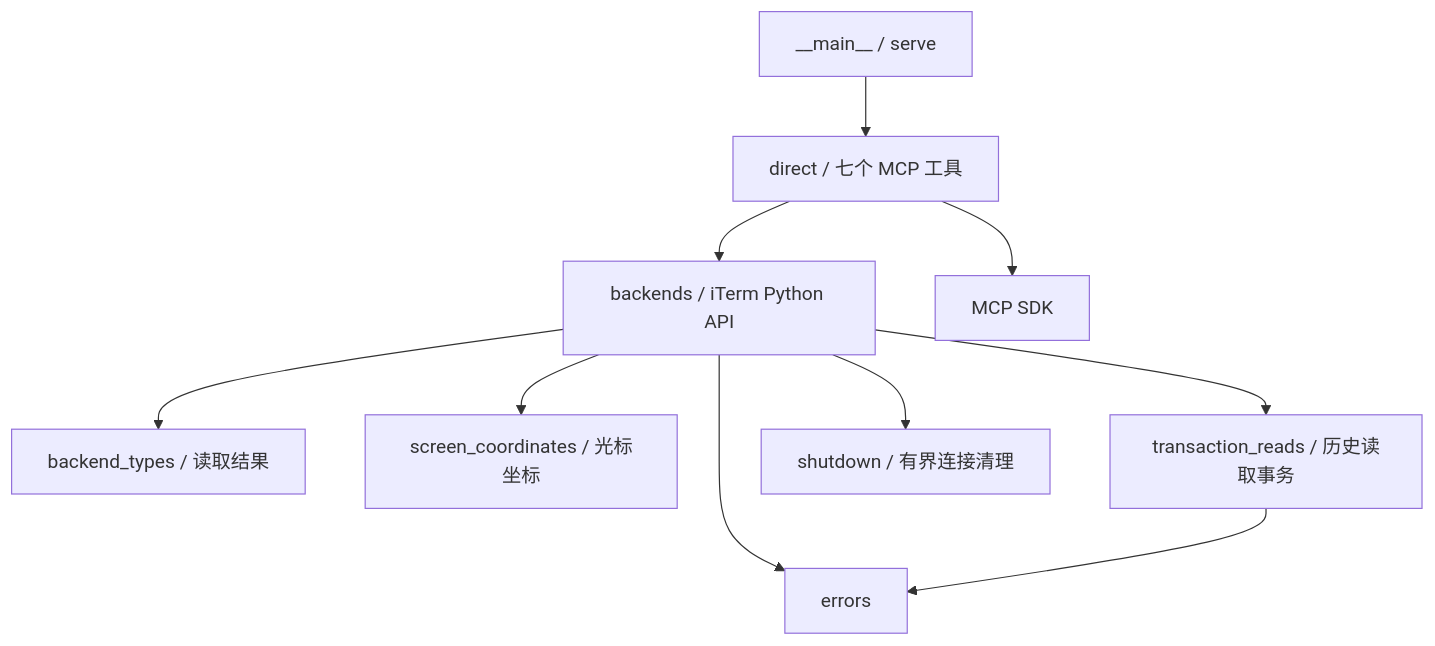
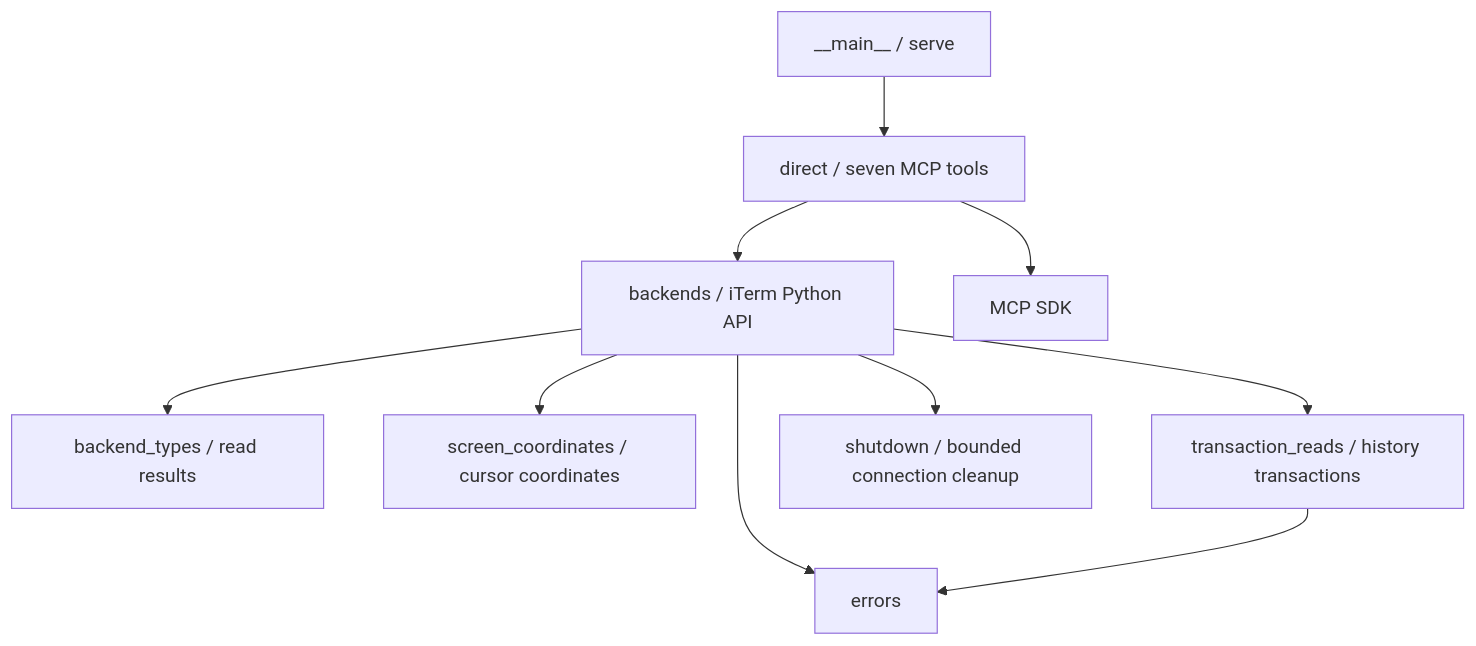
The diagram in docs/cleanup-plan.md (lucky-goals/goals-iterm-mcp), drawn with Mermaid before and after one commit. The commit also changed other lines of this file and 2 other files, not shown here.

````diff
--- a/docs/cleanup-plan.md
+++ b/docs/cleanup-plan.md
@@ -19,12 +19,12 @@
 ```mermaid
 flowchart TD
-    main[__main__ / serve] --> direct[direct / 七个 MCP 工具]
+    main[__main__ / serve] --> direct[direct / seven MCP tools]
     direct --> backend[backends / iTerm Python API]
     direct --> mcp[MCP SDK]
-    backend --> dto[backend_types / 读取结果]
-    backend --> cursor[screen_coordinates / 光标坐标]
-    backend --> tx[transaction_reads / 历史读取事务]
-    backend --> shutdown[shutdown / 有界连接清理]
+    backend --> dto[backend_types / read results]
+    backend --> cursor[screen_coordinates / cursor coordinates]
+    backend --> tx[transaction_reads / history transactions]
+    backend --> shutdown[shutdown / bounded connection cleanup]
     backend --> errors[errors]
     tx --> errors
 ```
````
